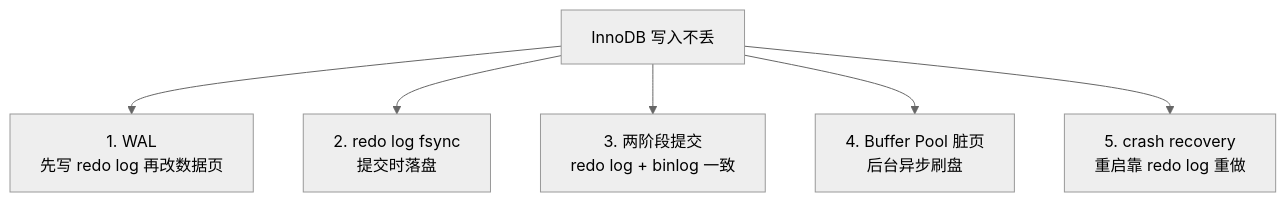
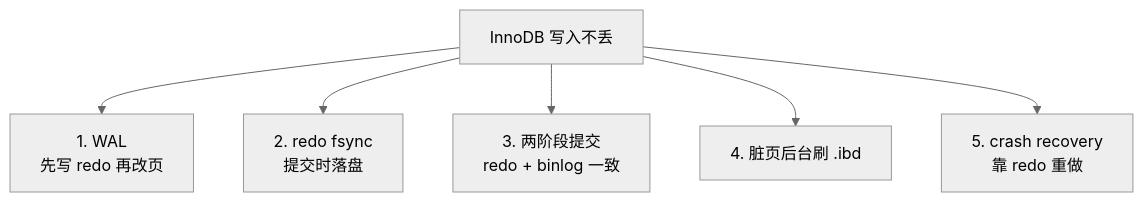
Before and after one commit to ml-cuizijun/LearnToLilith: the fifth of 7 diagrams in 02-中间件与数据库/01-MySQL/01-架构与存储引擎/知识点.md, drawn with Mermaid (neutral theme). The commit also changed other lines of this file and 178 other files, not shown here.

````diff
--- a/02-中间件与数据库/01-MySQL/01-架构与存储引擎/知识点.md
+++ b/02-中间件与数据库/01-MySQL/01-架构与存储引擎/知识点.md
@@ -544,8 +472,8 @@
 ```mermaid
 flowchart TB
-    W["InnoDB 写入不丢"] --> G1["1. WAL<br/>先写 redo log 再改数据页"]
-    W --> G2["2. redo log fsync<br/>提交时落盘"]
-    W --> G3["3. 两阶段提交<br/>redo log + binlog 一致"]
-    W --> G4["4. Buffer Pool 脏页<br/>后台异步刷盘"]
-    W --> G5["5. crash recovery<br/>重启靠 redo log 重做"]
+    W["InnoDB 写入不丢"] --> G1["1. WAL<br/>先写 redo 再改页"]
+    W --> G2["2. redo fsync<br/>提交时落盘"]
+    W --> G3["3. 两阶段提交<br/>redo + binlog 一致"]
+    W --> G4["4. 脏页后台刷 .ibd"]
+    W --> G5["5. crash recovery<br/>靠 redo 重做"]
 ```
````
